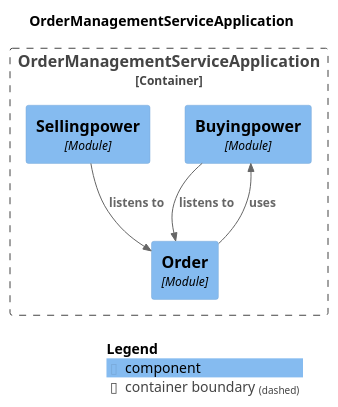
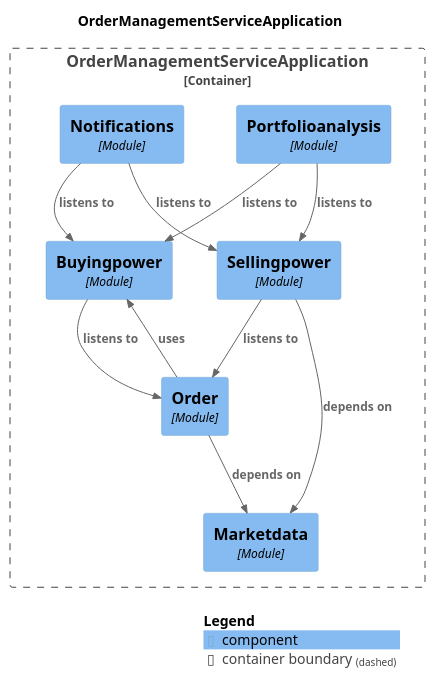
One commit to NosearY/order-management-service-reference-implementation changed the diagram in spring-modulith-docs/components.puml. Above: the diagram before and after it, drawn with PlantUML. The commit also changed 36 other files, not shown here.

```diff
--- a/spring-modulith-docs/components.puml
+++ b/spring-modulith-docs/components.puml
@@ -1,22 +1,31 @@
 @startuml
 set separator none
 title OrderManagementServiceApplication
 
 top to bottom direction
 
 !include <C4/C4>
 !include <C4/C4_Context>
 !include <C4/C4_Component>
 
 Container_Boundary("OrderManagementServiceApplication.OrderManagementServiceApplication_boundary", "OrderManagementServiceApplication", $tags="") {
+  Component(OrderManagementServiceApplication.OrderManagementServiceApplication.Portfolioanalysis, "Portfolioanalysis", $techn="Module", $descr="", $tags="", $link="")
   Component(OrderManagementServiceApplication.OrderManagementServiceApplication.Buyingpower, "Buyingpower", $techn="Module", $descr="", $tags="", $link="")
   Component(OrderManagementServiceApplication.OrderManagementServiceApplication.Sellingpower, "Sellingpower", $techn="Module", $descr="", $tags="", $link="")
+  Component(OrderManagementServiceApplication.OrderManagementServiceApplication.Marketdata, "Marketdata", $techn="Module", $descr="", $tags="", $link="")
+  Component(OrderManagementServiceApplication.OrderManagementServiceApplication.Notifications, "Notifications", $techn="Module", $descr="", $tags="", $link="")
   Component(OrderManagementServiceApplication.OrderManagementServiceApplication.Order, "Order", $techn="Module", $descr="", $tags="", $link="")
 }
 
+Rel(OrderManagementServiceApplication.OrderManagementServiceApplication.Buyingpower, OrderManagementServiceApplication.OrderManagementServiceApplication.Order, "listens to", $techn="", $tags="", $link="")
+Rel(OrderManagementServiceApplication.OrderManagementServiceApplication.Order, OrderManagementServiceApplication.OrderManagementServiceApplication.Marketdata, "depends on", $techn="", $tags="", $link="")
+Rel(OrderManagementServiceApplication.OrderManagementServiceApplication.Order, OrderManagementServiceApplication.OrderManagementServiceApplication.Buyingpower, "uses", $techn="", $tags="", $link="")
+Rel(OrderManagementServiceApplication.OrderManagementServiceApplication.Portfolioanalysis, OrderManagementServiceApplication.OrderManagementServiceApplication.Buyingpower, "listens to", $techn="", $tags="", $link="")
+Rel(OrderManagementServiceApplication.OrderManagementServiceApplication.Portfolioanalysis, OrderManagementServiceApplication.OrderManagementServiceApplication.Sellingpower, "listens to", $techn="", $tags="", $link="")
 Rel(OrderManagementServiceApplication.OrderManagementServiceApplication.Sellingpower, OrderManagementServiceApplication.OrderManagementServiceApplication.Order, "listens to", $techn="", $tags="", $link="")
-Rel(OrderManagementServiceApplication.OrderManagementServiceApplication.Order, OrderManagementServiceApplication.OrderManagementServiceApplication.Buyingpower, "uses", $techn="", $tags="", $link="")
-Rel(OrderManagementServiceApplication.OrderManagementServiceApplication.Buyingpower, OrderManagementServiceApplication.OrderManagementServiceApplication.Order, "listens to", $techn="", $tags="", $link="")
+Rel(OrderManagementServiceApplication.OrderManagementServiceApplication.Sellingpower, OrderManagementServiceApplication.OrderManagementServiceApplication.Marketdata, "depends on", $techn="", $tags="", $link="")
+Rel(OrderManagementServiceApplication.OrderManagementServiceApplication.Notifications, OrderManagementServiceApplication.OrderManagementServiceApplication.Sellingpower, "listens to", $techn="", $tags="", $link="")
+Rel(OrderManagementServiceApplication.OrderManagementServiceApplication.Notifications, OrderManagementServiceApplication.OrderManagementServiceApplication.Buyingpower, "listens to", $techn="", $tags="", $link="")
 
 SHOW_LEGEND(true)
 @enduml
```
